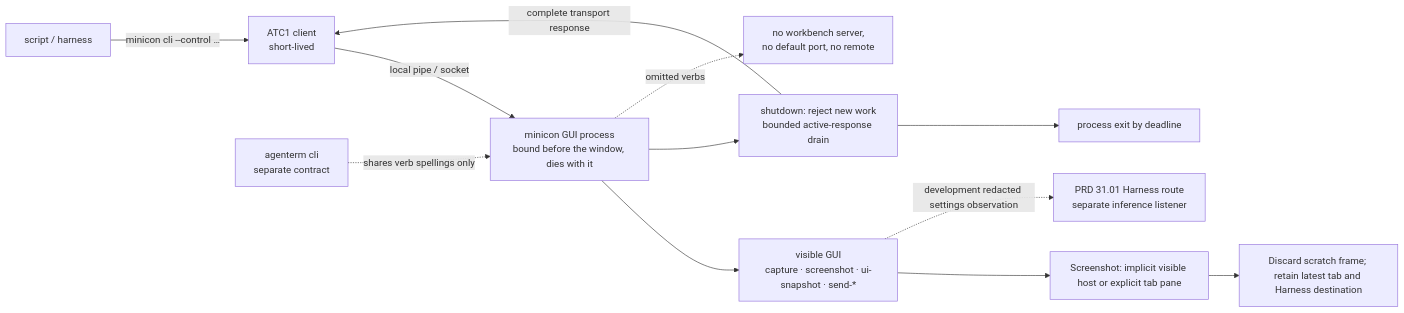
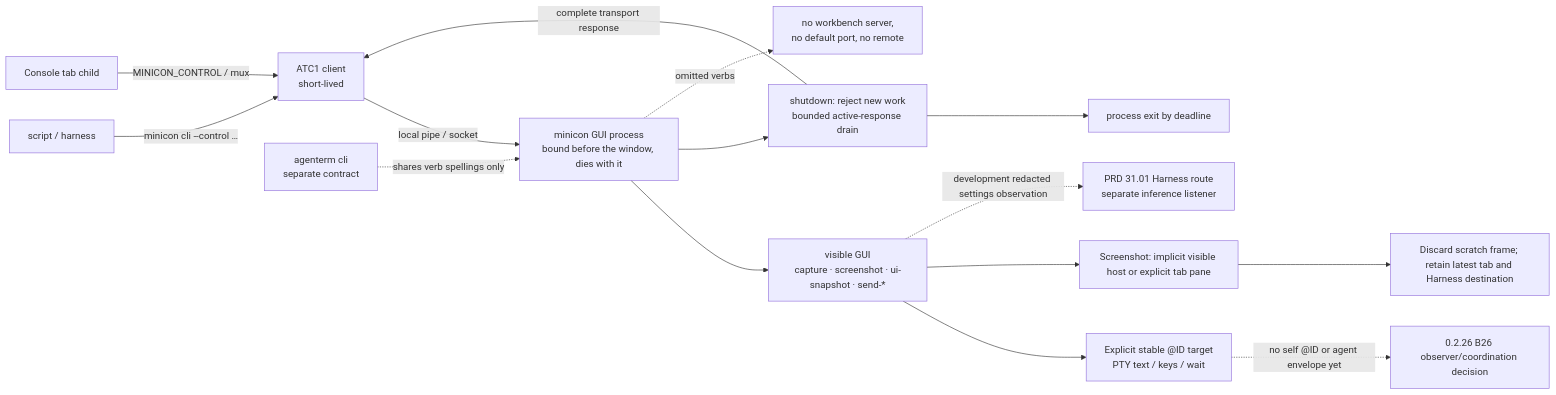
The diagram in prd/PRD_02_26_con_control_cli.md (partnernetsoftware/minicon), drawn with Mermaid before and after one commit. The commit also changed other lines of this file and 3 other files, not shown here.

Commit message:
Clarify cross-tab CLI primitives and agent coordination gaps

````diff
--- a/prd/PRD_02_26_con_control_cli.md
+++ b/prd/PRD_02_26_con_control_cli.md
@@ -28,14 +30,17 @@
 ```mermaid
 flowchart LR
     S["script / harness"] -->|"minicon cli --control …"| C["ATC1 client<br/>short-lived"]
+    TAB["Console tab child"] -->|"MINICON_CONTROL / mux"| C
     C -->|local pipe / socket| H["minicon GUI process<br/>bound before the window, dies with it"]
     H --> V["visible GUI<br/>capture · screenshot · ui-snapshot · send-*"]
+    V --> ID["Explicit stable @ID target<br/>PTY text / keys / wait"]
+    ID -. no self @ID or agent envelope yet .-> GAP["0.2.26 B26 observer/coordination decision"]
     V --> SH["Screenshot: implicit visible host or explicit tab pane"]
     SH --> RESTORE["Discard scratch frame; retain latest tab and Harness destination"]
     V -. development redacted settings observation .-> G["PRD 31.01 Harness route<br/>separate inference listener"]
     H --> D["shutdown: reject new work<br/>bounded active-response drain"]
     D -->|"complete transport response"| C
     D --> E["process exit by deadline"]
     H -. omitted verbs .-> X["no workbench server,<br/>no default port, no remote"]
     AW["agenterm cli<br/>separate contract"] -. shares verb spellings only .-> H
 ```
````
